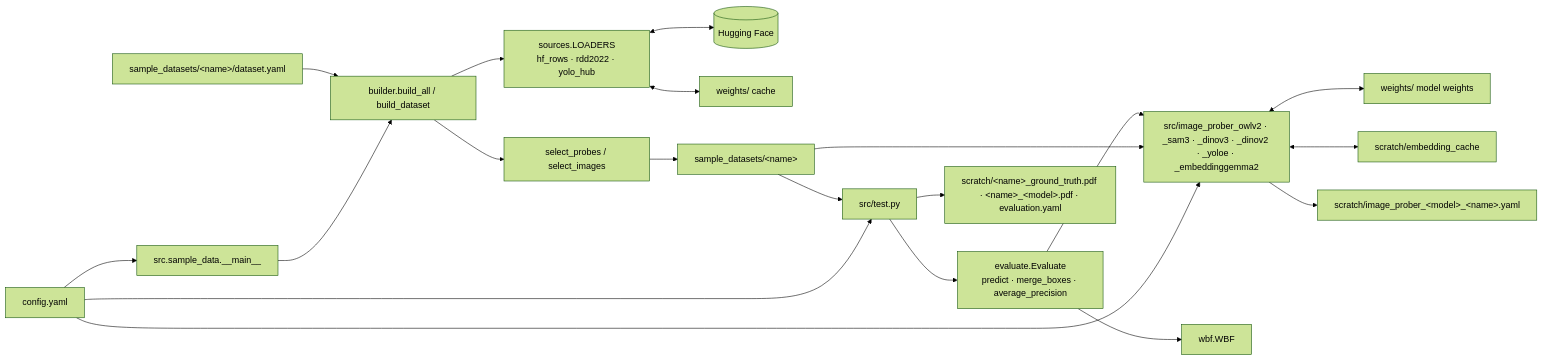
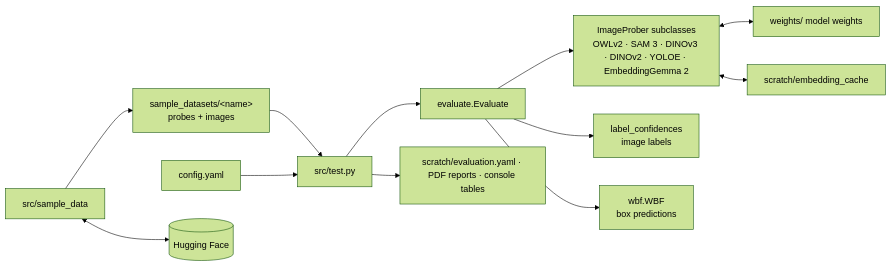
Before and after one commit to michael-mayo/autolabelling_via_embeddings: the diagram in README.md, drawn with Mermaid (forest theme). The commit also changed other lines of this file and 4 other files, not shown here.

````diff
--- a/README.md
+++ b/README.md
@@ -271,22 +201,14 @@
 ```mermaid
 flowchart LR
-    config[config.yaml] --> main["src.sample_data.__main__"]
-    dsyaml["sample_datasets/&lt;name&gt;/dataset.yaml"] --> builder
-    main --> builder["builder.build_all / build_dataset"]
-    builder --> sources["sources.LOADERS<br/>hf_rows · rdd2022 · yolo_hub"]
-    sources <--> hf[(Hugging Face)]
-    sources <--> cache[weights/ cache]
-    builder --> select["select_probes / select_images"]
-    select --> out[sample_datasets/&lt;name&gt;]
-    out --> test[src/test.py]
-    config --> test
-    test --> evaluate["evaluate.Evaluate<br/>predict · merge_boxes · average_precision"]
-    evaluate --> probers
-    evaluate --> wbf[wbf.WBF]
-    test --> pdf["scratch/&lt;name&gt;_ground_truth.pdf · &lt;name&gt;_&lt;model&gt;.pdf · evaluation.yaml"]
-    out --> probers["src/image_prober_owlv2 · _sam3 · _dinov3 · _dinov2 · _yoloe · _embeddinggemma2"]
-    config --> probers
+    data[sample_datasets/&lt;name&gt;<br/>probes + images] --> test[src/test.py]
+    config[config.yaml] --> test
+    test --> evaluate[evaluate.Evaluate]
+    evaluate --> probers["ImageProber subclasses<br/>OWLv2 · SAM 3 · DINOv3 · DINOv2 · YOLOE · EmbeddingGemma 2"]
     probers <--> weights[weights/ model weights]
-    probers <--> ecache[scratch/embedding_cache]
-    probers --> report[scratch/image_prober_&lt;model&gt;_&lt;name&gt;.yaml]
+    probers <--> cache[scratch/embedding_cache]
+    evaluate --> labels["label_confidences<br/>image labels"]
+    evaluate --> wbf["wbf.WBF<br/>box predictions"]
+    test --> out["scratch/evaluation.yaml · PDF reports · console tables"]
+    builder[src/sample_data] --> data
+    builder <--> hf[(Hugging Face)]
 ```
````
